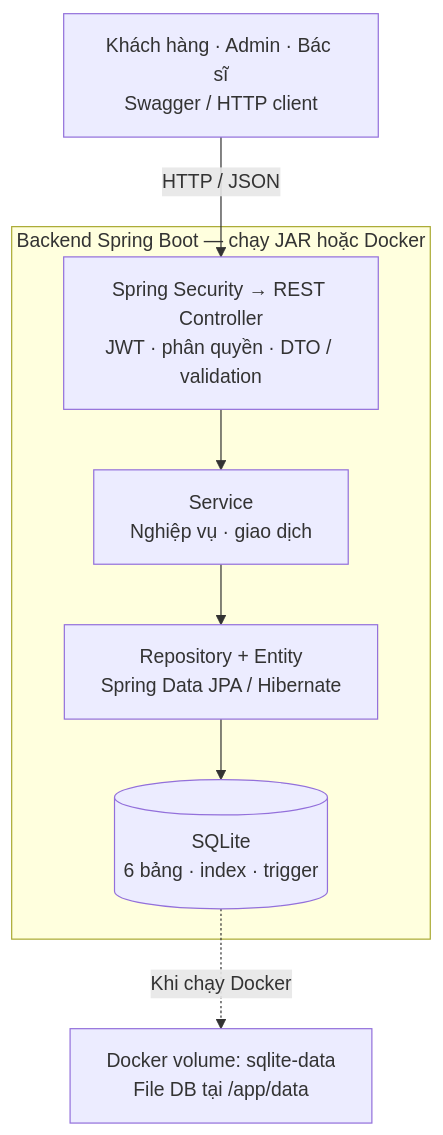
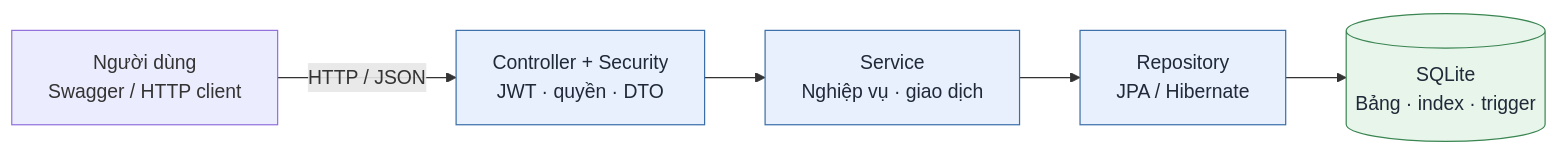
Before and after one commit to FlowBoat123/KTPM-BTL: the first of 2 diagrams in README.md, drawn with Mermaid. The commit also changed other lines of this file, not shown here.

Commit message:
docs: clarify application layers and Docker volume mapping

````diff
--- a/README.md
+++ b/README.md
@@ -33,14 +35,14 @@
 ```mermaid
-flowchart TB
-    Client["Khách hàng · Admin · Bác sĩ<br/>Swagger / HTTP client"]
-    subgraph Backend["Backend Spring Boot — chạy JAR hoặc Docker"]
-        API["Spring Security → REST Controller<br/>JWT · phân quyền · DTO / validation"]
-        Service["Service<br/>Nghiệp vụ · giao dịch"]
-        Repository["Repository + Entity<br/>Spring Data JPA / Hibernate"]
-        Database[("SQLite<br/>6 bảng · index · trigger")]
-        API --> Service --> Repository --> Database
-    end
-    Volume["Docker volume: sqlite-data<br/>File DB tại /app/data"]
+flowchart LR
+    Client["Người dùng<br/>Swagger / HTTP client"]
+    API["Controller + Security<br/>JWT · quyền · DTO"]
+    Service["Service<br/>Nghiệp vụ · giao dịch"]
+    Repository["Repository<br/>JPA / Hibernate"]
+    Database[("SQLite<br/>Bảng · index · trigger")]
     Client -->|HTTP / JSON| API
-    Database -. "Khi chạy Docker" .-> Volume
+    API --> Service --> Repository --> Database
+    classDef app fill:#e8f0fe,stroke:#3b6ea8,color:#1f2937
+    classDef data fill:#e7f5eb,stroke:#3a8551,color:#1f2937
+    class API,Service,Repository app
+    class Database data
 ```
````
